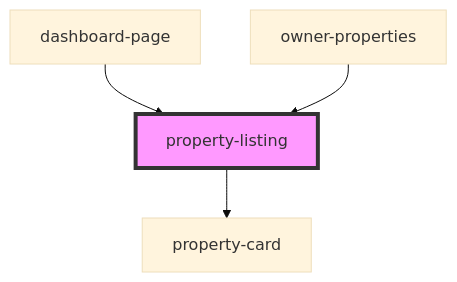
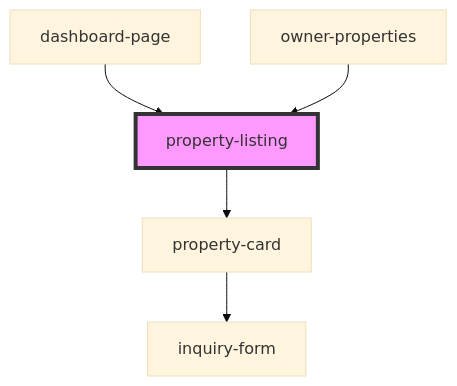
One commit to tharunsp072/findmynest changed the diagram in fmn-frontend/src/components/dashboard-page/property-listing/readme.md. Above: the diagram before and after it, drawn with Mermaid (base theme). The commit also changed 37 other files, not shown here.

````diff
--- a/fmn-frontend/src/components/dashboard-page/property-listing/readme.md
+++ b/fmn-frontend/src/components/dashboard-page/property-listing/readme.md
@@ -29,7 +29,8 @@
 ```mermaid
 graph TD;
   property-listing --> property-card
+  property-card --> inquiry-form
   dashboard-page --> property-listing
   owner-properties --> property-listing
   style property-listing fill:#f9f,stroke:#333,stroke-width:4px
 ```
````
